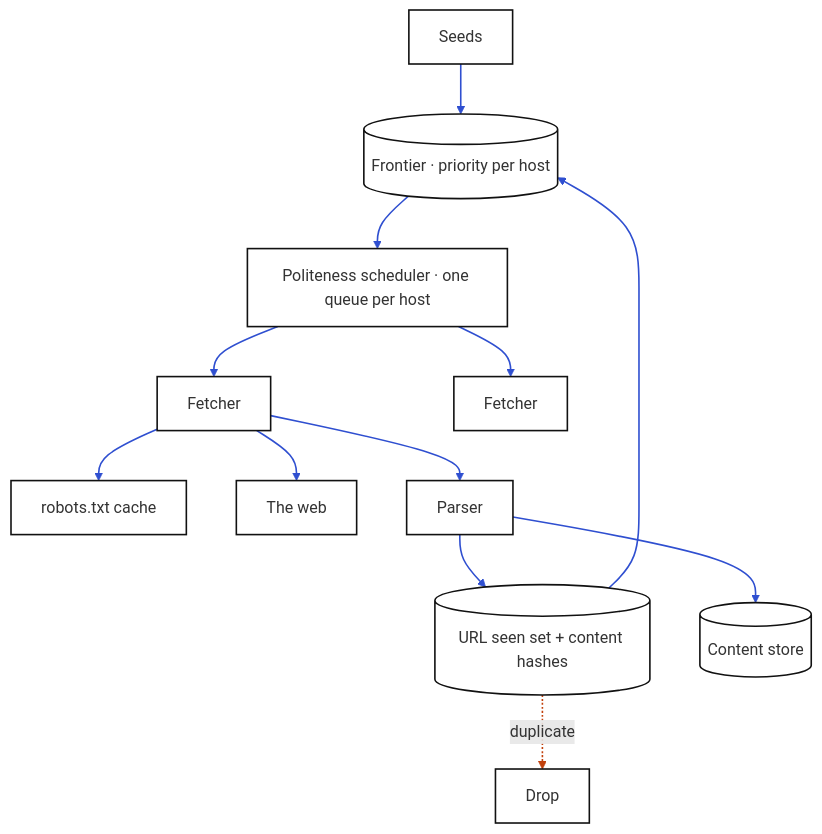
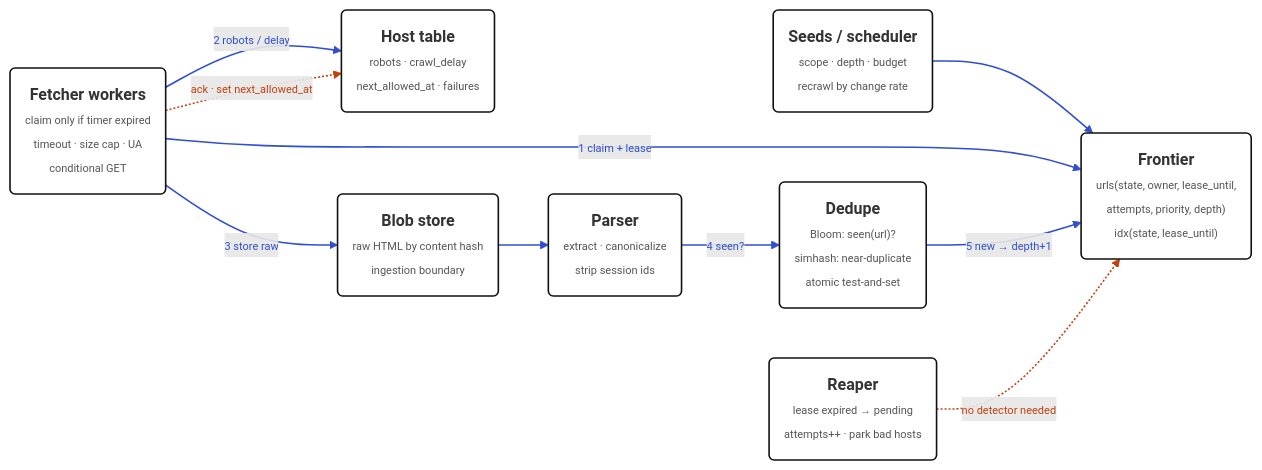
Before and after one commit to kkanakka/kkanakka.github.io: the diagram in diagrams-src/web-crawler/architecture.mmd, drawn with Mermaid. The commit also changed 15 other files, not shown here.

First line of the commit message:
Rebuild eight more architecture diagrams in the house style

```diff
--- a/diagrams-src/web-crawler/architecture.mmd
+++ b/diagrams-src/web-crawler/architecture.mmd
@@ -1,19 +1,26 @@
 %% section: Design
-%% caption: Architecture
-flowchart TB
-    SEED["Seeds"] --> FR[("Frontier · priority per host")]
-    FR --> POL["Politeness scheduler · one queue per host"]
-    POL --> F1["Fetcher"]
-    POL --> F2["Fetcher"]
-    F1 --> ROB["robots.txt cache"]
-    F1 --> WEB["The web"]
-    F1 --> PARSE["Parser"]
-    PARSE --> SEEN[("URL seen set + content hashes")]
-    SEEN --> FR
-    PARSE --> STORE[("Content store")]
-    SEEN -. "duplicate" .-> DROP["Drop"]
+%% caption: Politeness is enforced at claim time, so no combination of workers can burst one host. The frontier is a stateful table, not a queue.
+flowchart LR
+    SEED("<b>Seeds / scheduler</b><br/><span style='font-size:11px;color:#555'>scope · depth · budget<br/>recrawl by change rate</span>")
+    FR("<b>Frontier</b><br/><span style='font-size:11px;color:#555'>urls(state, owner, lease_until,<br/>attempts, priority, depth)<br/>idx(state, lease_until)</span>")
+    HOST("<b>Host table</b><br/><span style='font-size:11px;color:#555'>robots · crawl_delay<br/>next_allowed_at · failures</span>")
+    FW("<b>Fetcher workers</b><br/><span style='font-size:11px;color:#555'>claim only if timer expired<br/>timeout · size cap · UA<br/>conditional GET</span>")
+    BLOB("<b>Blob store</b><br/><span style='font-size:11px;color:#555'>raw HTML by content hash<br/>ingestion boundary</span>")
+    PAR("<b>Parser</b><br/><span style='font-size:11px;color:#555'>extract · canonicalize<br/>strip session ids</span>")
+    DUP("<b>Dedupe</b><br/><span style='font-size:11px;color:#555'>Bloom: seen(url)?<br/>simhash: near-duplicate<br/>atomic test-and-set</span>")
+    REAP("<b>Reaper</b><br/><span style='font-size:11px;color:#555'>lease expired → pending<br/>attempts++ · park bad hosts</span>")
+
+    SEED --> FR
+    FW -->|"<span style='font-size:11px;color:#2f4fd0'>1 claim + lease</span>"| FR
+    FW -->|"<span style='font-size:11px;color:#2f4fd0'>2 robots / delay</span>"| HOST
+    FW -->|"<span style='font-size:11px;color:#2f4fd0'>3 store raw</span>"| BLOB
+    BLOB --> PAR
+    PAR -->|"<span style='font-size:11px;color:#2f4fd0'>4 seen?</span>"| DUP
+    DUP -->|"<span style='font-size:11px;color:#2f4fd0'>5 new → depth+1</span>"| FR
+    FW -.->|"<span style='font-size:11px;color:#c2410c'>ack · set next_allowed_at</span>"| HOST
+    REAP -.->|"<span style='font-size:11px;color:#c2410c'>no detector needed</span>"| FR
 %% --- style (generated by scripts/style-flowcharts.js) ---
     classDef n fill:#ffffff,stroke:#111111,stroke-width:1.6px;
-    class SEED,FR,POL,F1,F2,ROB,WEB,PARSE,SEEN,STORE,DROP n;
-    linkStyle 0,1,2,3,4,5,6,7,8,9 stroke:#2f4fd0,stroke-width:1.6px;
-    linkStyle 10 stroke:#c2410c,stroke-width:1.6px;
+    class SEED,FR,HOST,FW,BLOB,PAR,DUP,REAP n;
+    linkStyle 0,1,2,3,4,5,6 stroke:#2f4fd0,stroke-width:1.6px;
+    linkStyle 7,8 stroke:#c2410c,stroke-width:1.6px;
```
